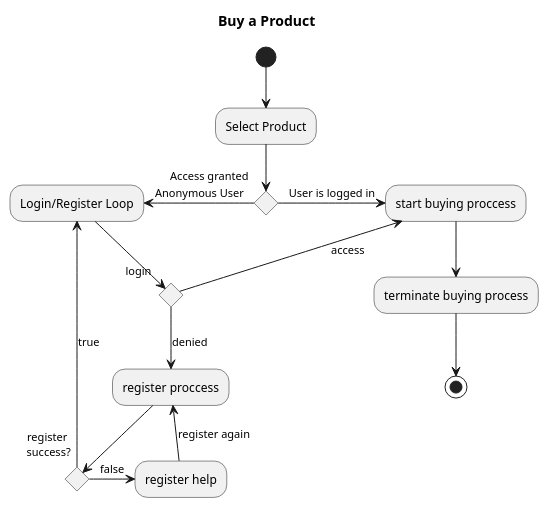
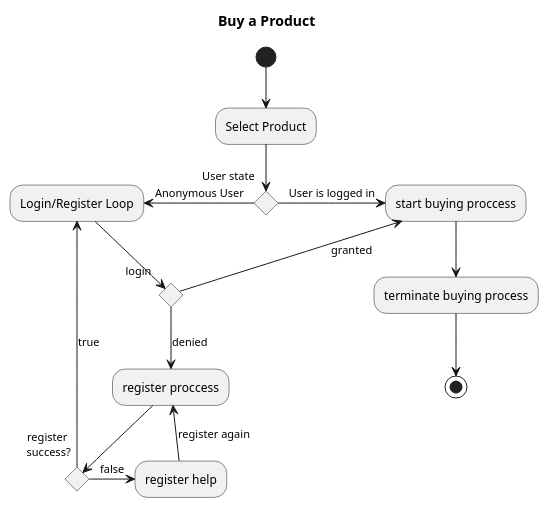
Before and after one commit to MatthiasHertel/softwaretechnik: the diagram in 05_uml-unified_modeling_language/03_project_shop/01_activity_diagramm/activity_shop.pu, drawn with PlantUML.

Commit message:
some typos

```diff
--- a/05_uml-unified_modeling_language/03_project_shop/01_activity_diagramm/activity_shop.pu
+++ b/05_uml-unified_modeling_language/03_project_shop/01_activity_diagramm/activity_shop.pu
@@ -1,28 +1,28 @@
 @startuml
 title Buy a Product
 
 (*) --> "Select Product"
 
  /''pre condition - acces is granted'/
-if "Access granted" then
+if "User state" then
   ->[User is logged in] "start buying proccess"
   --> "terminate buying process"
   --> (*)
 
 else
   -left->[Anonymous User] "Login/Register Loop"
   if "login" then
-  -up-> [access] "start buying proccess"
+  -up-> [granted] "start buying proccess"
   else
-   /''TODO Anonymous buying is a use case ?'/ 
+   /''TODO Anonymous buying is a use case ?'/
   -down-> [denied] "register proccess"
     if "register\n success?" then
     -up-> [true] "Login/Register Loop"
     else
     -right-> [false] "register help"
     -up-> [register again] "register proccess"
     endif
   endif
 endif
 
 @enduml
```
